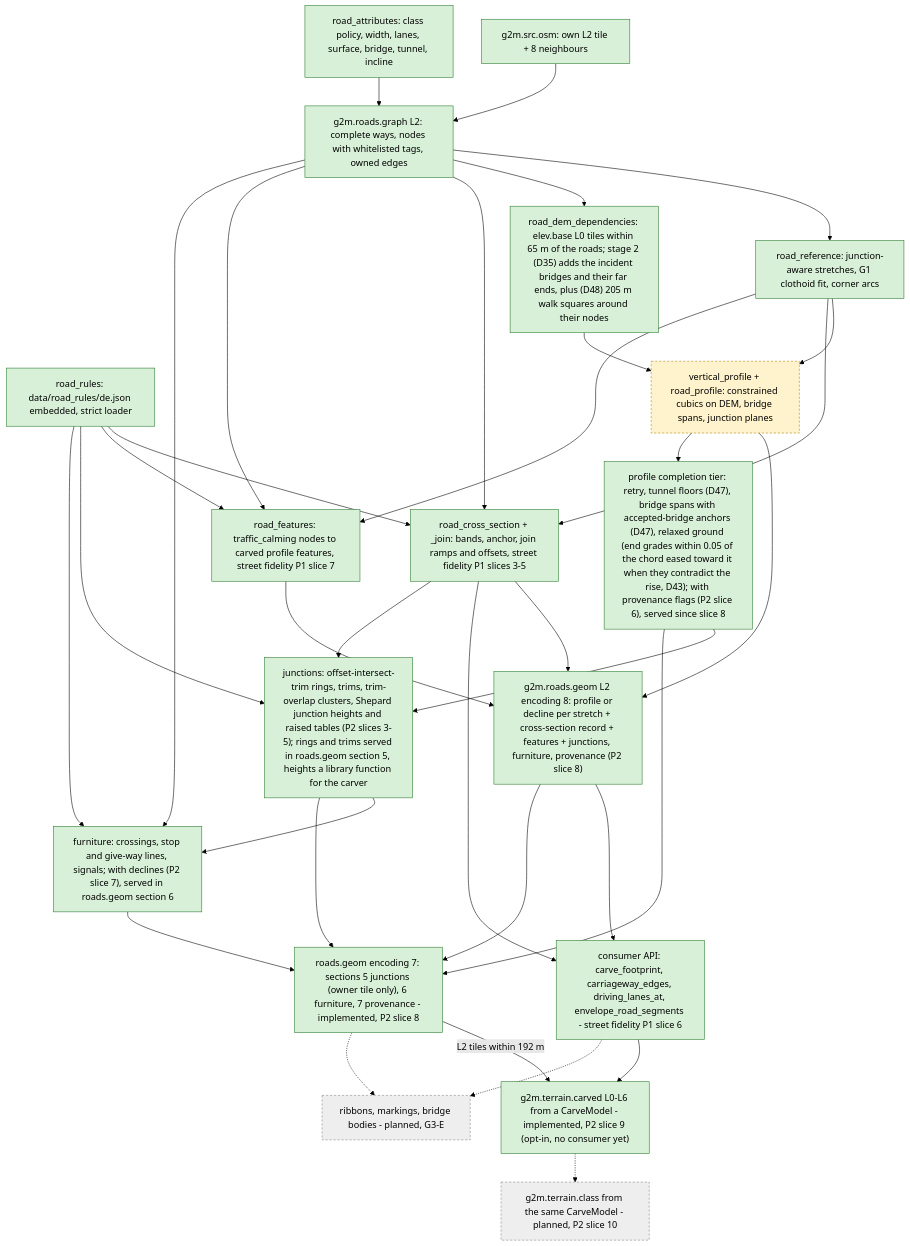
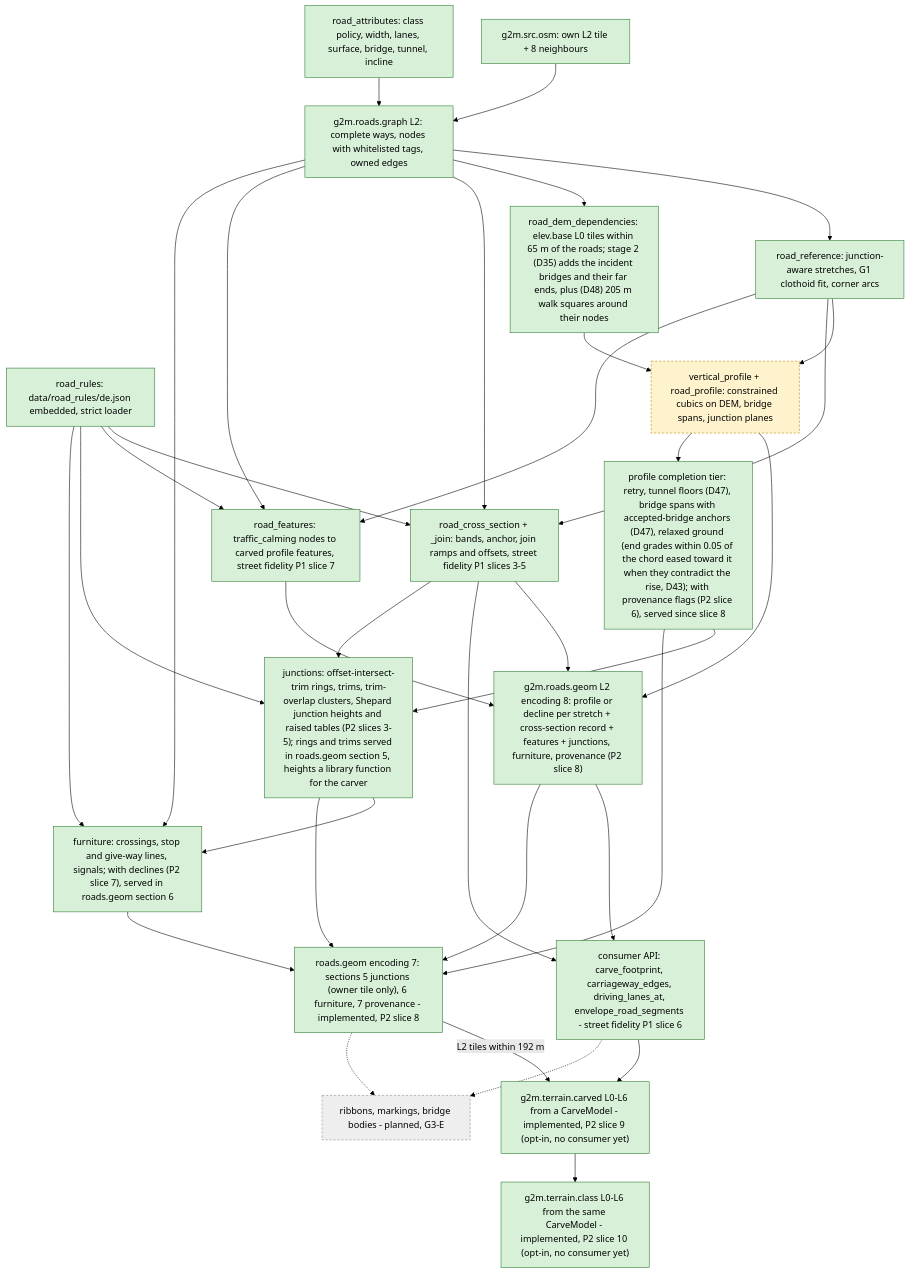
One commit to SebastianDanielFrenz/geo2map_engine changed the diagram in docs/pipeline/roads.md. Above: the diagram before and after it, drawn with Mermaid (forest theme). The commit also changed other lines of this file and 57 other files, not shown here.

First line of the commit message:
Terrain migration phase 6: served carve readiness (G-1, terrain.class, class mode, G-6)

````diff
--- a/docs/pipeline/roads.md
+++ b/docs/pipeline/roads.md
@@ -7,58 +7,58 @@
 ```mermaid
 flowchart TD
   OSM9["g2m.src.osm: own L2 tile + 8 neighbours"]
   ATTR["road_attributes: class policy, width, lanes, surface, bridge, tunnel, incline"]
   GRAPH["g2m.roads.graph L2: complete ways, nodes with whitelisted tags, owned edges"]
   RULES["road_rules: data/road_rules/de.json embedded, strict loader"]
   XS["road_cross_section + _join: bands, anchor, join ramps and offsets, street fidelity P1 slices 3-5"]
   API["consumer API: carve_footprint, carriageway_edges, driving_lanes_at, envelope_road_segments - street fidelity P1 slice 6"]
   REF["road_reference: junction-aware stretches, G1 clothoid fit, corner arcs"]
   DEMDEP["road_dem_dependencies: elev.base L0 tiles within 65 m of the roads; stage 2 (D35) adds the incident bridges and their far ends, plus (D48) 205 m walk squares around their nodes"]
   PROF["vertical_profile + road_profile: constrained cubics on DEM, bridge spans, junction planes"]
   FEAT["road_features: traffic_calming nodes to carved profile features, street fidelity P1 slice 7"]
   GEOM["g2m.roads.geom L2 encoding 8: profile or decline per stretch + cross-section record + features + junctions, furniture, provenance (P2 slice 8)"]
   COMPL["profile completion tier: retry, tunnel floors (D47), bridge spans with accepted-bridge anchors (D47), relaxed ground (end grades within 0.05 of the chord eased toward it when they contradict the rise, D43); with provenance flags (P2 slice 6), served since slice 8"]
   JUNC["junctions: offset-intersect-trim rings, trims, trim-overlap clusters, Shepard junction heights and raised tables (P2 slices 3-5); rings and trims served in roads.geom section 5, heights a library function for the carver"]
   FURN["furniture: crossings, stop and give-way lines, signals; with declines (P2 slice 7), served in roads.geom section 6"]
   GEOM7["roads.geom encoding 7: sections 5 junctions (owner tile only), 6 furniture, 7 provenance - implemented, P2 slice 8"]
   CARVE["g2m.terrain.carved L0-L6 from a CarveModel - implemented, P2 slice 9 (opt-in, no consumer yet)"]
-  CLASSL["g2m.terrain.class from the same CarveModel - planned, P2 slice 10"]
+  CLASSL["g2m.terrain.class L0-L6 from the same CarveModel - implemented, P2 slice 10 (opt-in, no consumer yet)"]
   RIB["ribbons, markings, bridge bodies - planned, G3-E"]
   OSM9 --> GRAPH
   ATTR --> GRAPH
   GRAPH --> REF --> PROF
   GRAPH --> DEMDEP --> PROF
   RULES --> XS
   GRAPH --> XS
   REF --> XS
   XS --> GEOM
   GRAPH --> FEAT
   REF --> FEAT
   RULES --> FEAT
   FEAT --> GEOM
   PROF --> GEOM
   XS --> API
   GEOM --> API
   PROF --> COMPL
   COMPL --> JUNC
   XS --> JUNC
   RULES --> JUNC
   JUNC --> FURN
   GRAPH --> FURN
   RULES --> FURN
   COMPL --> GEOM7
   JUNC --> GEOM7
   FURN --> GEOM7
   GEOM --> GEOM7
   GEOM7 -->|"L2 tiles within 192 m"| CARVE
   API --> CARVE
-  CARVE -.-> CLASSL
+  CARVE --> CLASSL
   API -.-> RIB
   GEOM7 -.-> RIB
   classDef done fill:#d8f0d8,stroke:#2e7d32,color:#000;
   classDef part fill:#fff3cd,stroke:#b58900,stroke-dasharray:4 3,color:#000;
   classDef plan fill:#eeeeee,stroke:#888888,stroke-dasharray:4 3,color:#000;
-  class OSM9,ATTR,GRAPH,REF,DEMDEP,GEOM,RULES,XS,API,FEAT,COMPL,JUNC,FURN,GEOM7,CARVE done;
+  class OSM9,ATTR,GRAPH,REF,DEMDEP,GEOM,RULES,XS,API,FEAT,COMPL,JUNC,FURN,GEOM7,CARVE,CLASSL done;
   class PROF part;
-  class CLASSL,RIB plan;
+  class RIB plan;
 ```
````
